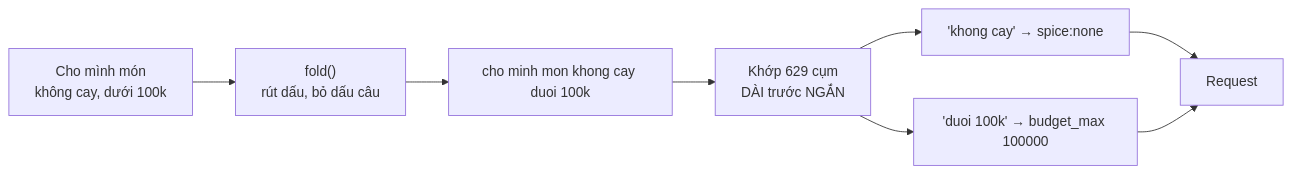
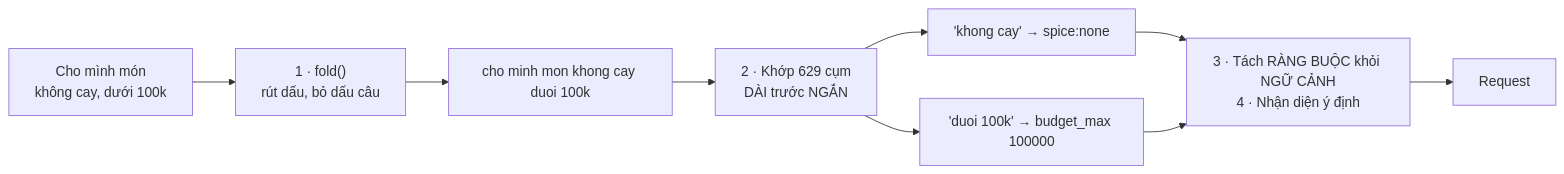
Before and after one commit to Anpham120/restaurant-qr-ai-ordering: the seventh of 9 diagrams in docs/ai/BAO_CAO_HOC_MAY_KPDL.md, drawn with Mermaid. The commit also changed other lines of this file and 1 other file, not shown here.

````diff
--- a/docs/ai/BAO_CAO_HOC_MAY_KPDL.md
+++ b/docs/ai/BAO_CAO_HOC_MAY_KPDL.md
@@ -306,10 +1075,11 @@
 ```mermaid
 flowchart LR
-  Q["Cho mình món<br/>không cay, dưới 100k"] --> F["fold()<br/>rút dấu, bỏ dấu câu"]
+  Q["Cho mình món<br/>không cay, dưới 100k"] --> F["1 · fold()<br/>rút dấu, bỏ dấu câu"]
   F --> P["cho minh mon khong cay duoi 100k"]
-  P --> M["Khớp 629 cụm<br/>DÀI trước NGẮN"]
+  P --> M["2 · Khớp 629 cụm<br/>DÀI trước NGẮN"]
   M --> T1["'khong cay' → spice:none"]
   M --> T2["'duoi 100k' → budget_max 100000"]
-  T1 --> RQ["Request"]
+  T1 --> RQ["3 · Tách RÀNG BUỘC khỏi NGỮ CẢNH<br/>4 · Nhận diện ý định"]
   T2 --> RQ
+  RQ --> OUT["Request"]
 ```
````
